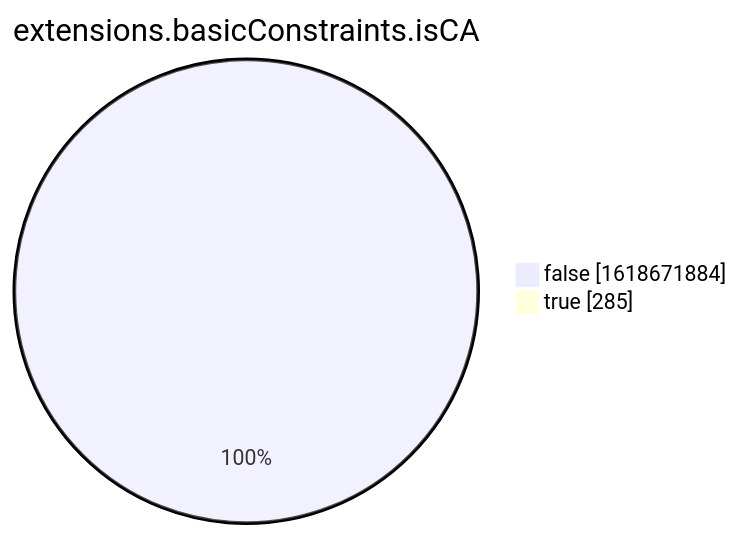
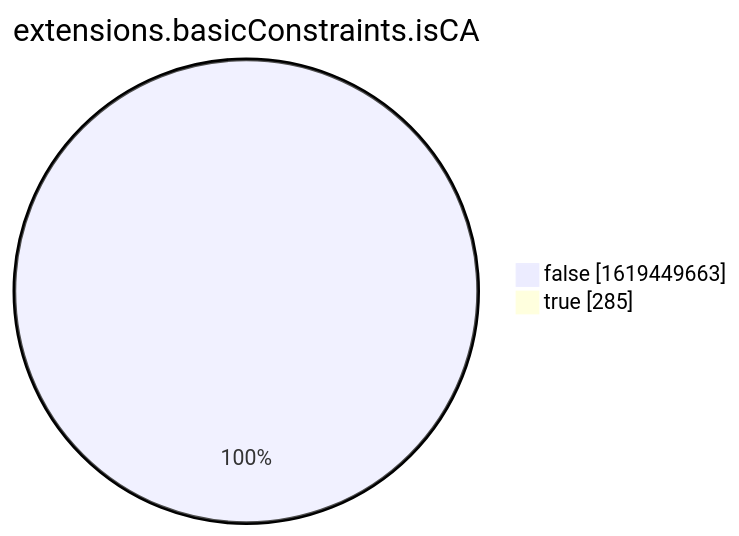
One commit to christiankrug/ctmonitor_visualization changed the eighth of 15 diagrams in xenon2022/README.md. Above: the diagram before and after it, drawn with Mermaid. The commit also changed other lines of this file, not shown here.

````diff
--- a/xenon2022/README.md
+++ b/xenon2022/README.md
@@ -2863,6 +2863,6 @@
 ```mermaid
 pie showData
 title extensions.basicConstraints.isCA
-"false" :1618671884
+"false" :1619449663
 "true" :285
 ```
````
